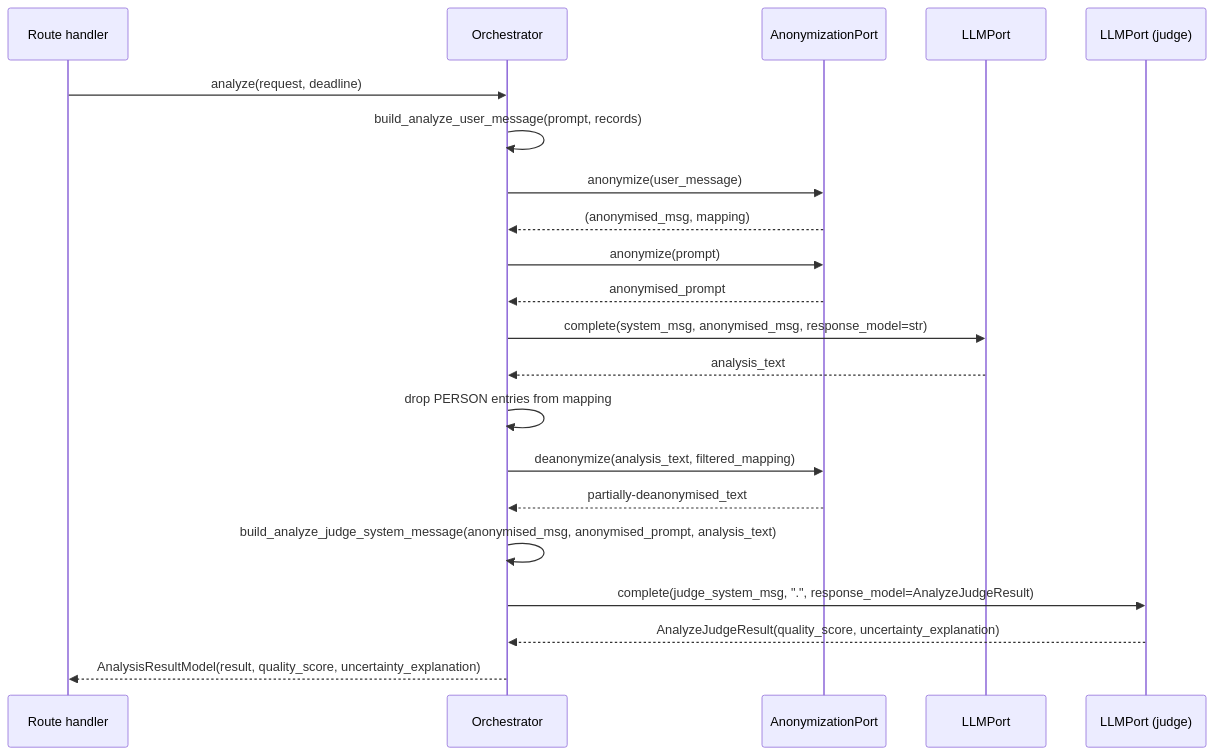
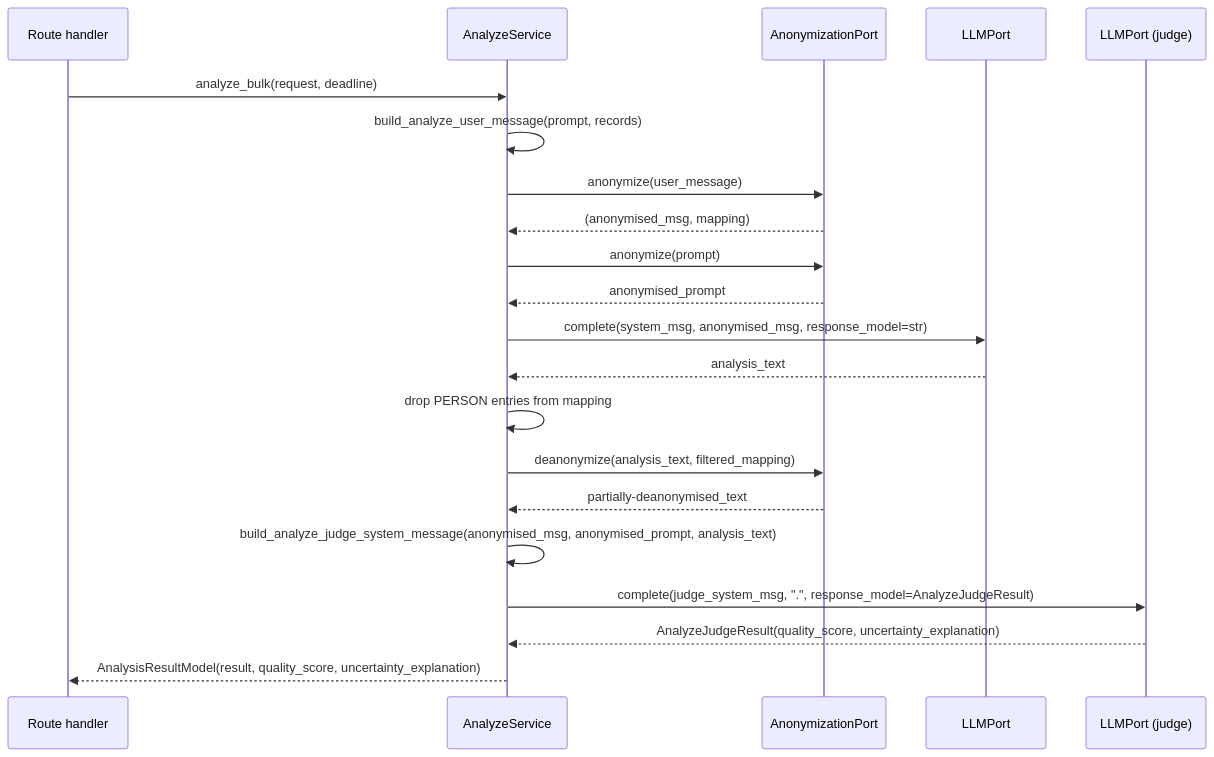
Before and after one commit to rodekruis/qualitative-feedback-analysis: the diagram in docs/architecture/06-prompt-envelope.md, drawn with Mermaid. The commit also changed other lines of this file and 23 other files, not shown here.

First line of the commit message:
refactor(services): extract AnalyzeService from Orchestrator

````diff
--- a/docs/architecture/06-prompt-envelope.md
+++ b/docs/architecture/06-prompt-envelope.md
@@ -161,24 +162,24 @@
 ```mermaid
 sequenceDiagram
     participant route as Route handler
-    participant orch as Orchestrator
+    participant orch as AnalyzeService
     participant anon as AnonymizationPort
     participant llm as LLMPort
     participant judge as LLMPort (judge)
 
-    route->>orch: analyze(request, deadline)
+    route->>orch: analyze_bulk(request, deadline)
     orch->>orch: build_analyze_user_message(prompt, records)
     orch->>anon: anonymize(user_message)
     anon-->>orch: (anonymised_msg, mapping)
     orch->>anon: anonymize(prompt)
     anon-->>orch: anonymised_prompt
     orch->>llm: complete(system_msg, anonymised_msg, response_model=str)
     llm-->>orch: analysis_text
     orch->>orch: drop PERSON entries from mapping
     orch->>anon: deanonymize(analysis_text, filtered_mapping)
     anon-->>orch: partially-deanonymised_text
     orch->>orch: build_analyze_judge_system_message(anonymised_msg, anonymised_prompt, analysis_text)
     orch->>judge: complete(judge_system_msg, ".", response_model=AnalyzeJudgeResult)
     judge-->>orch: AnalyzeJudgeResult(quality_score, uncertainty_explanation)
     orch-->>route: AnalysisResultModel(result, quality_score, uncertainty_explanation)
 ```
````
